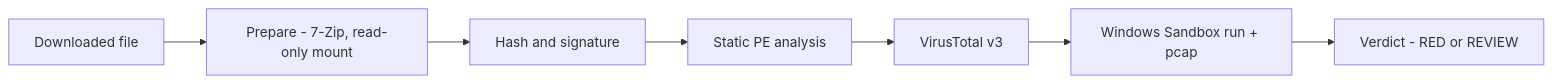
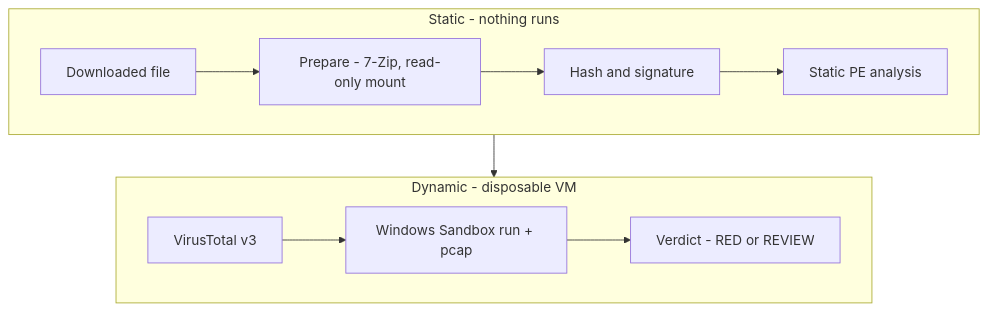
One commit to erkinavcii/erkinavcii changed the second of 4 diagrams in README.md. Above: the diagram before and after it, drawn with Mermaid. The commit also changed other lines of this file, not shown here.

````diff
--- a/README.md
+++ b/README.md
@@ -148,9 +148,15 @@
 ```mermaid
-graph LR
-    A[Downloaded file] --> B[Prepare - 7-Zip, read-only mount]
-    B --> C[Hash and signature]
-    C --> D[Static PE analysis]
-    D --> E[VirusTotal v3]
-    E --> F[Windows Sandbox run + pcap]
-    F --> G[Verdict - RED or REVIEW]
+flowchart TB
+    subgraph S1 [Static - nothing runs]
+        direction LR
+        A[Downloaded file] --> B[Prepare - 7-Zip, read-only mount]
+        B --> C[Hash and signature]
+        C --> D[Static PE analysis]
+    end
+    subgraph S2 [Dynamic - disposable VM]
+        direction LR
+        E[VirusTotal v3] --> F[Windows Sandbox run + pcap]
+        F --> G[Verdict - RED or REVIEW]
+    end
+    S1 --> S2
 ```
````
